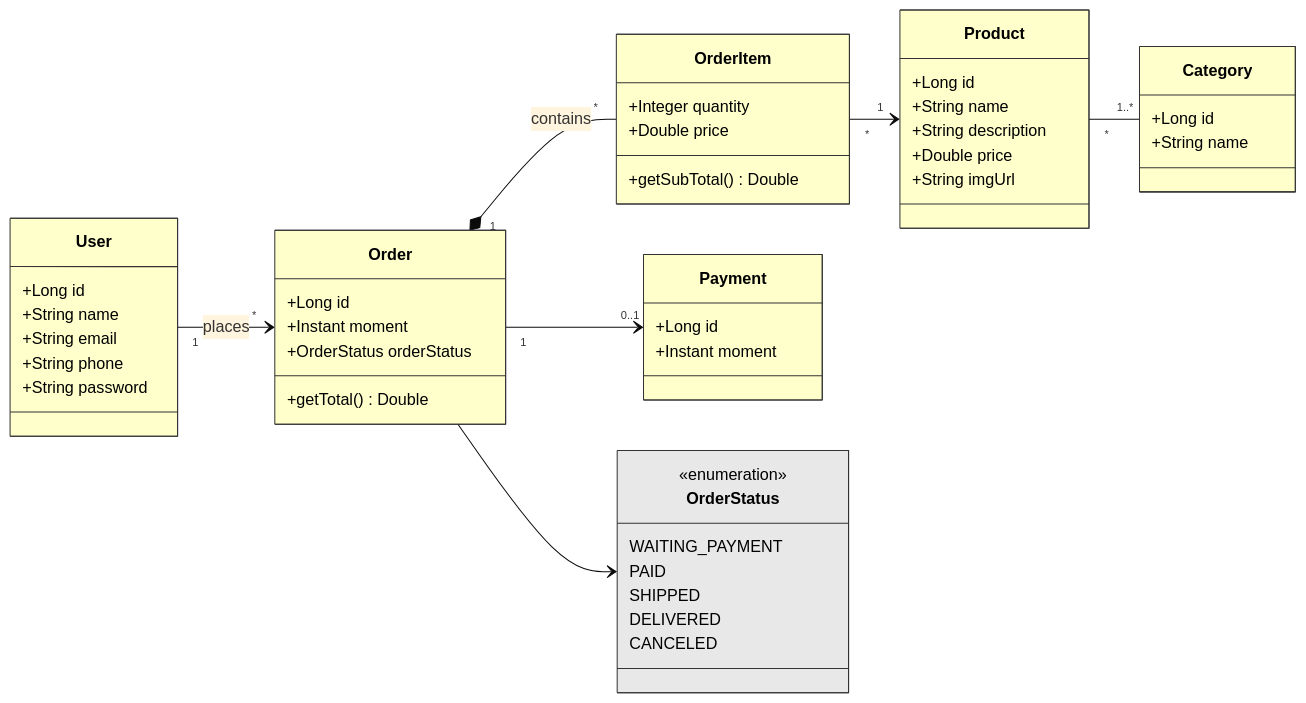
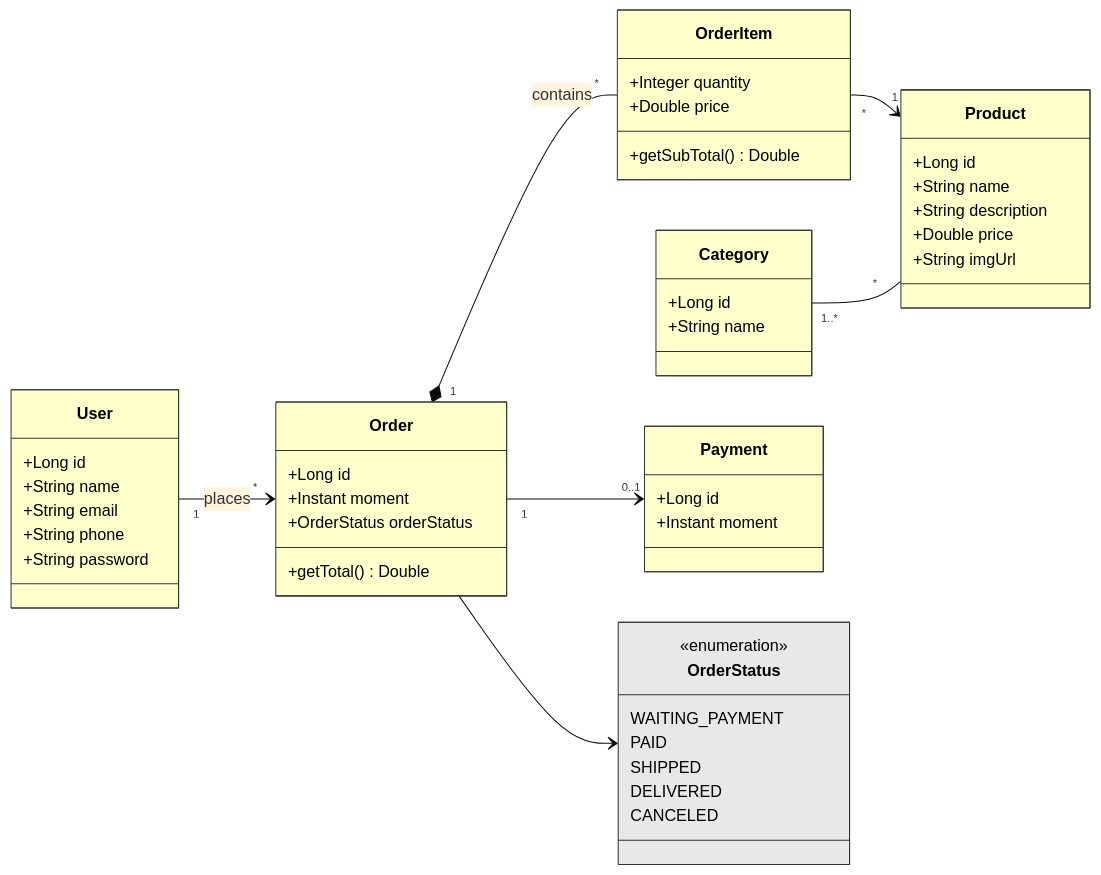
Before and after one commit to nathan00pdl/spring-boot-sales-order-api: the diagram in docs/domain-model.mmd, drawn with Mermaid (base theme). The commit also changed 4 other files, not shown here.

Commit message:
docs: bring the diagrams to the shared palette and scale

```diff
--- a/docs/domain-model.mmd
+++ b/docs/domain-model.mmd
@@ -1,58 +1,58 @@
 classDiagram
     direction LR
     class User {
         +Long id
         +String name
         +String email
         +String phone
         +String password
     }
     class Order {
         +Long id
         +Instant moment
         +OrderStatus orderStatus
         +getTotal() Double
     }
     class OrderItem {
         +Integer quantity
         +Double price
         +getSubTotal() Double
     }
     class Product {
         +Long id
         +String name
         +String description
         +Double price
         +String imgUrl
     }
     class Category {
         +Long id
         +String name
     }
     class Payment {
         +Long id
         +Instant moment
     }
     class OrderStatus {
         <<enumeration>>
         WAITING_PAYMENT
         PAID
         SHIPPED
         DELIVERED
         CANCELED
     }
 
     User "1" --> "*" Order : places
     Order "1" *-- "*" OrderItem : contains
     OrderItem "*" --> "1" Product
-    Product "*" -- "1..*" Category
+    Category "1..*" -- "*" Product
     Order "1" --> "0..1" Payment
     Order --> OrderStatus
 
     style User fill:#FFFFCC,stroke:#333333,color:#000000
     style Order fill:#FFFFCC,stroke:#333333,color:#000000
     style OrderItem fill:#FFFFCC,stroke:#333333,color:#000000
     style Product fill:#FFFFCC,stroke:#333333,color:#000000
     style Category fill:#FFFFCC,stroke:#333333,color:#000000
     style Payment fill:#FFFFCC,stroke:#333333,color:#000000
     style OrderStatus fill:#E8E8E8,stroke:#333333,color:#000000
```
